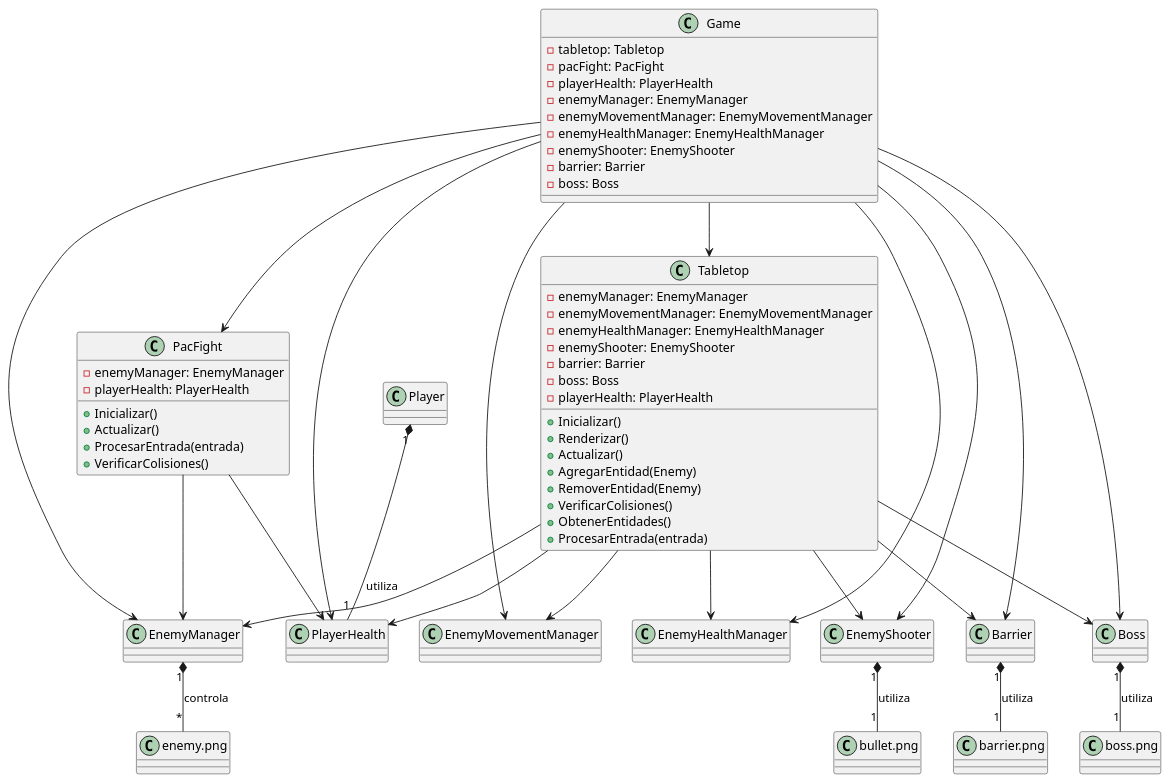
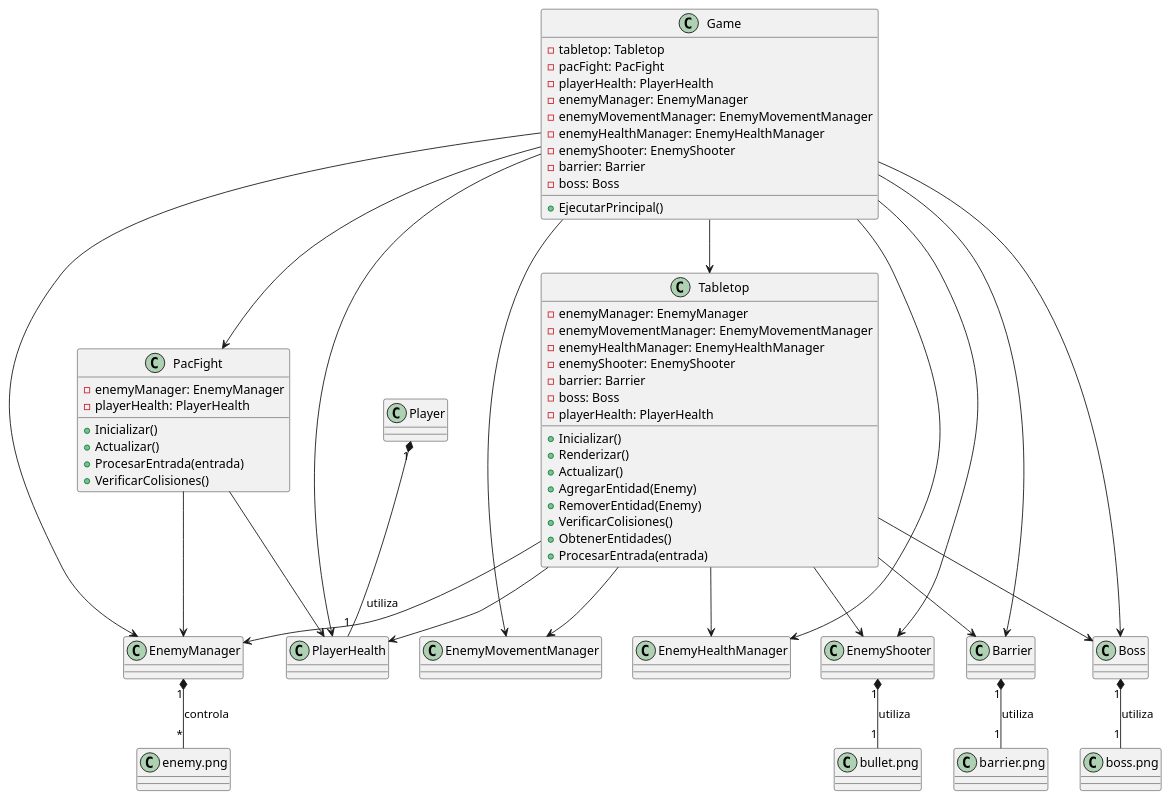
Before and after one commit to 24110280-Braulio/Space-Invaders: the diagram in docs/Diagrama.PUML, drawn with PlantUML.

Commit message:
Ultima relación Previa

```diff
--- a/docs/Diagrama.PUML
+++ b/docs/Diagrama.PUML
@@ -1,84 +1,85 @@
 @startuml SpaceInvaders
 
 ' Clases principales
 class Game {
     - tabletop: Tabletop
     - pacFight: PacFight
     - playerHealth: PlayerHealth
     - enemyManager: EnemyManager
     - enemyMovementManager: EnemyMovementManager
     - enemyHealthManager: EnemyHealthManager
     - enemyShooter: EnemyShooter
     - barrier: Barrier
     - boss: Boss
+    + EjecutarPrincipal()
 }
 
 class Tabletop {
     - enemyManager: EnemyManager
     - enemyMovementManager: EnemyMovementManager
     - enemyHealthManager: EnemyHealthManager
     - enemyShooter: EnemyShooter
     - barrier: Barrier
     - boss: Boss
     - playerHealth: PlayerHealth
     + Inicializar()
     + Renderizar()
     + Actualizar()
     + AgregarEntidad(Enemy)
     + RemoverEntidad(Enemy)
     + VerificarColisiones()
     + ObtenerEntidades()
     + ProcesarEntrada(entrada)
 }
 
 class PacFight {
     - enemyManager: EnemyManager
     - playerHealth: PlayerHealth
     + Inicializar()
     + Actualizar()
     + ProcesarEntrada(entrada)
     + VerificarColisiones()
 }
 
 class EnemyManager
 class EnemyMovementManager
 class EnemyHealthManager
 class EnemyShooter
 class Barrier
 class Boss
 class PlayerHealth
 
 class EnemySprite as "enemy.png"
 class BossSprite as "boss.png"
 class BarrierSprite as "barrier.png"
 class BulletSprite as "bullet.png"
 
 ' Relaciones
 Game --> Tabletop
 Game --> PacFight
 Game --> PlayerHealth
 Game --> EnemyManager
 Game --> EnemyMovementManager
 Game --> EnemyHealthManager
 Game --> EnemyShooter
 Game --> Barrier
 Game --> Boss
 
 Tabletop --> EnemyManager
 Tabletop --> EnemyMovementManager
 Tabletop --> EnemyHealthManager
 Tabletop --> EnemyShooter
 Tabletop --> Barrier
 Tabletop --> Boss
 Tabletop --> PlayerHealth
 
 PacFight --> EnemyManager
 PacFight --> PlayerHealth
 
 Player "1" *-- "1" PlayerHealth : utiliza
 EnemyManager "1" *-- "*" EnemySprite : controla
 Boss "1" *-- "1" BossSprite : utiliza
 Barrier "1" *-- "1" BarrierSprite : utiliza
 EnemyShooter "1" *-- "1" BulletSprite : utiliza
 
 @enduml
```
